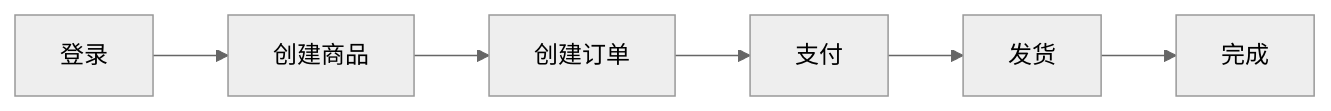
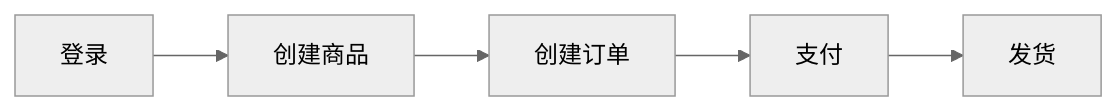
Before and after one commit to Devliang24/drun: the second of 3 diagrams in docs/19_最佳实践.md, drawn with Mermaid (neutral theme). The commit also changed other lines of this file, not shown here.

````diff
--- a/docs/19_最佳实践.md
+++ b/docs/19_最佳实践.md
@@ -34,4 +113,4 @@
 ```mermaid
 flowchart LR
-    A[登录] --> B[创建商品] --> C[创建订单] --> D[支付] --> E[发货] --> F[完成]
+    A[登录] --> B[创建商品] --> C[创建订单] --> D[支付] --> E[发货]
 ```
````
